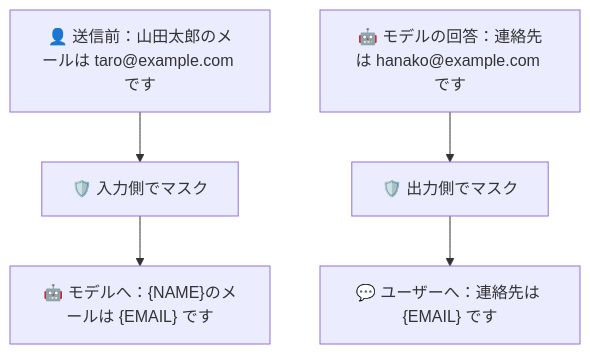
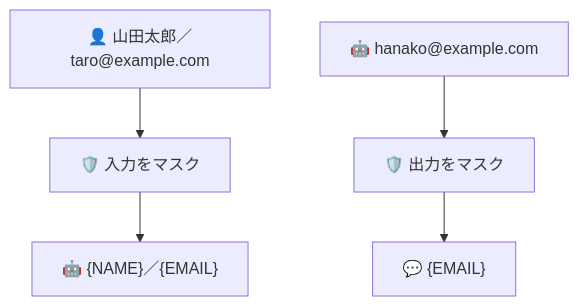
The second of 2 diagrams in articles/bedrock-guardrails-pii-logging.md (kkoch5t2/zenn-contents), drawn with Mermaid before and after one commit.

Commit message:
Shorten Mermaid labels for mobile display

````diff
--- a/articles/bedrock-guardrails-pii-logging.md
+++ b/articles/bedrock-guardrails-pii-logging.md
@@ -53,7 +53,7 @@
 ```mermaid
 flowchart TD
-    I1["👤 送信前：山田太郎のメールは taro@example.com です"] --> G1["🛡️ 入力側でマスク"]
-    G1 --> I2["🤖 モデルへ：{NAME}のメールは {EMAIL} です"]
-    O1["🤖 モデルの回答：連絡先は hanako@example.com です"] --> G2["🛡️ 出力側でマスク"]
-    G2 --> O2["💬 ユーザーへ：連絡先は {EMAIL} です"]
+    I1["👤 山田太郎／taro@example.com"] --> G1["🛡️ 入力をマスク"]
+    G1 --> I2["🤖 {NAME}／{EMAIL}"]
+    O1["🤖 hanako@example.com"] --> G2["🛡️ 出力をマスク"]
+    G2 --> O2["💬 {EMAIL}"]
 ```
````
